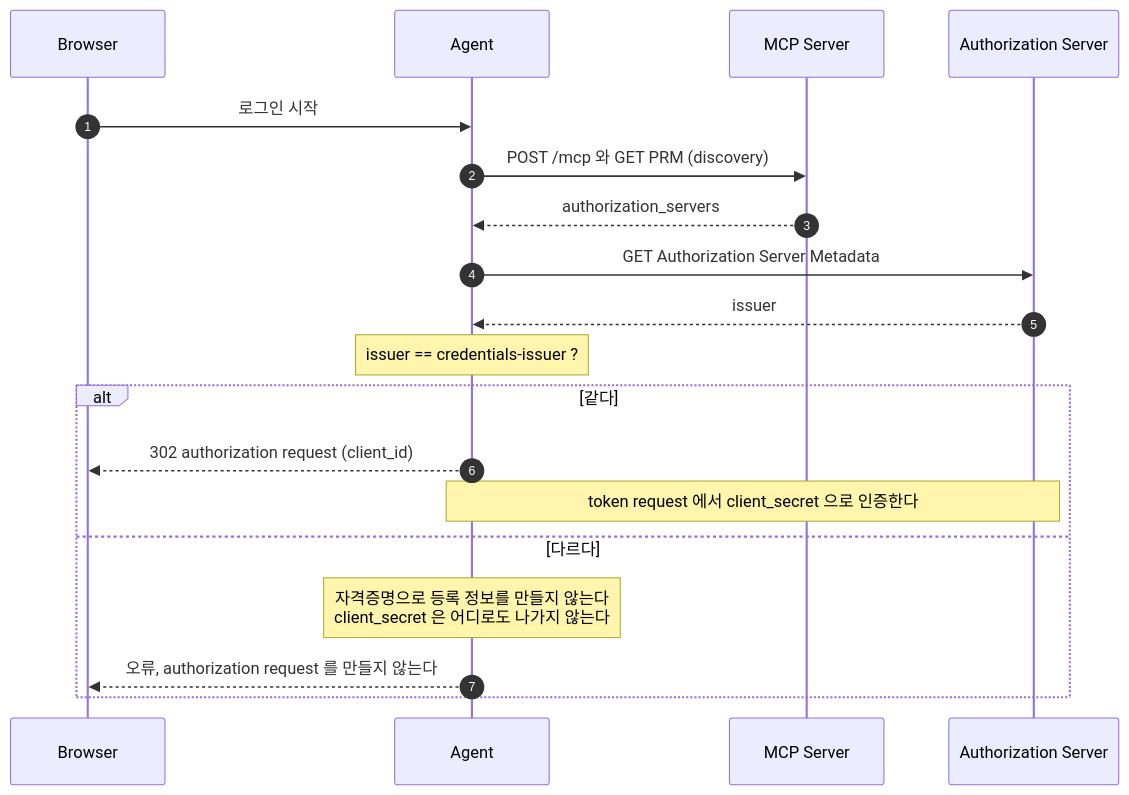
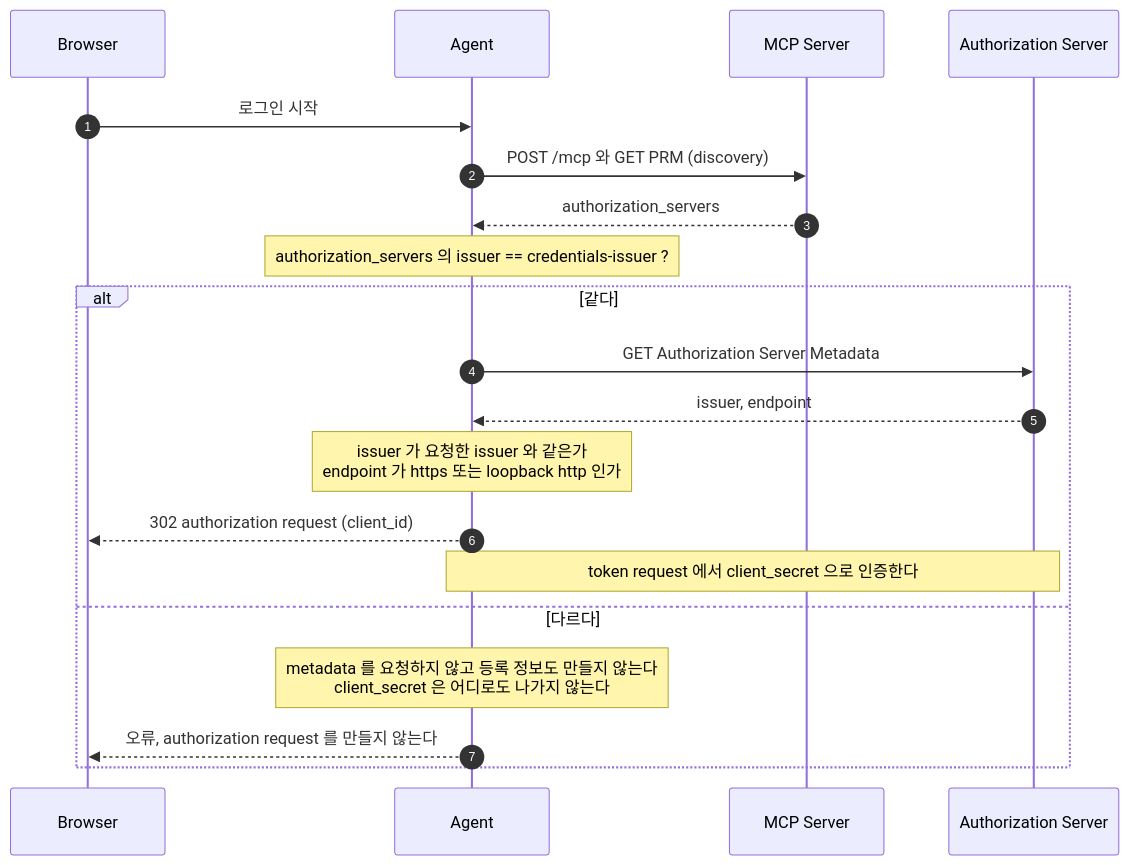
Before and after one commit to starryeye/spring-ai: the fifth of 13 diagrams in practice/MCP-SEQUENCES.md, drawn with Mermaid. The commit also changed other lines of this file and 1 other file, not shown here.

````diff
--- a/practice/MCP-SEQUENCES.md
+++ b/practice/MCP-SEQUENCES.md
@@ -184,21 +201,22 @@
 ```mermaid
 sequenceDiagram
     autonumber
     participant B as Browser
     participant G as Agent
     participant M as MCP Server
     participant A as Authorization Server
     B->>G: 로그인 시작
     G->>M: POST /mcp 와 GET PRM (discovery)
     M-->>G: authorization_servers
-    G->>A: GET Authorization Server Metadata
-    A-->>G: issuer
-    Note over G: issuer == credentials-issuer ?
+    Note over G: authorization_servers 의 issuer == credentials-issuer ?
     alt 같다
+        G->>A: GET Authorization Server Metadata
+        A-->>G: issuer, endpoint
+        Note over G: issuer 가 요청한 issuer 와 같은가<br/>endpoint 가 https 또는 loopback http 인가
         G-->>B: 302 authorization request (client_id)
         Note over G,A: token request 에서 client_secret 으로 인증한다
     else 다르다
-        Note over G: 자격증명으로 등록 정보를 만들지 않는다<br/>client_secret 은 어디로도 나가지 않는다
+        Note over G: metadata 를 요청하지 않고 등록 정보도 만들지 않는다<br/>client_secret 은 어디로도 나가지 않는다
         G-->>B: 오류, authorization request 를 만들지 않는다
     end
 ```
````
